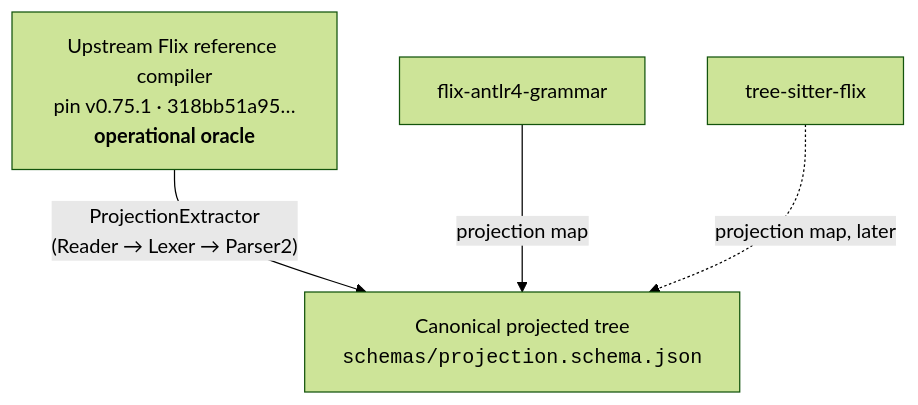
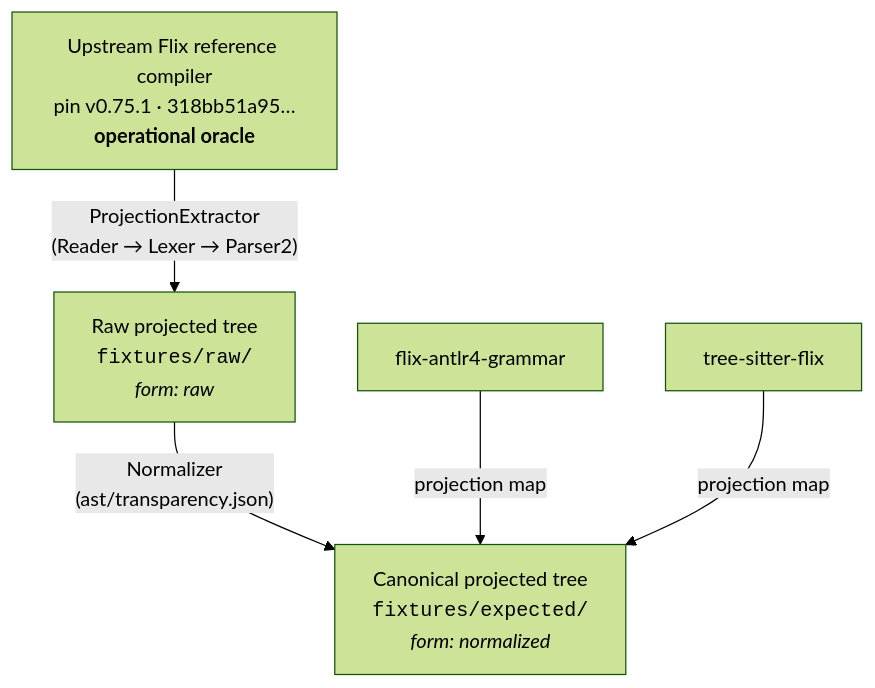
Before and after one commit to wstein/flix-spec: the diagram in docs/PROJECTION.md, drawn with Mermaid (forest theme). The commit also changed other lines of this file and 7 other files, not shown here.

````diff
--- a/docs/PROJECTION.md
+++ b/docs/PROJECTION.md
@@ -14,11 +14,13 @@
 ```mermaid
 flowchart TD
     UP["Upstream Flix reference compiler<br/>pin v0.75.1 · 318bb51a95…<br/><b>operational oracle</b>"]
-    CANON["Canonical projected tree<br/><code>schemas/projection.schema.json</code>"]
+    RAW["Raw projected tree<br/><code>fixtures/raw/</code><br/><i>form: raw</i>"]
+    CANON["Canonical projected tree<br/><code>fixtures/expected/</code><br/><i>form: normalized</i>"]
     C1["flix-antlr4-grammar"]
     C2["tree-sitter-flix"]
 
-    UP -->|"ProjectionExtractor<br/>(Reader → Lexer → Parser2)"| CANON
+    UP -->|"ProjectionExtractor<br/>(Reader → Lexer → Parser2)"| RAW
+    RAW -->|"Normalizer<br/>(ast/transparency.json)"| CANON
     C1 -->|"projection map"| CANON
-    C2 -.->|"projection map, later"| CANON
+    C2 -->|"projection map"| CANON
 ```
````
